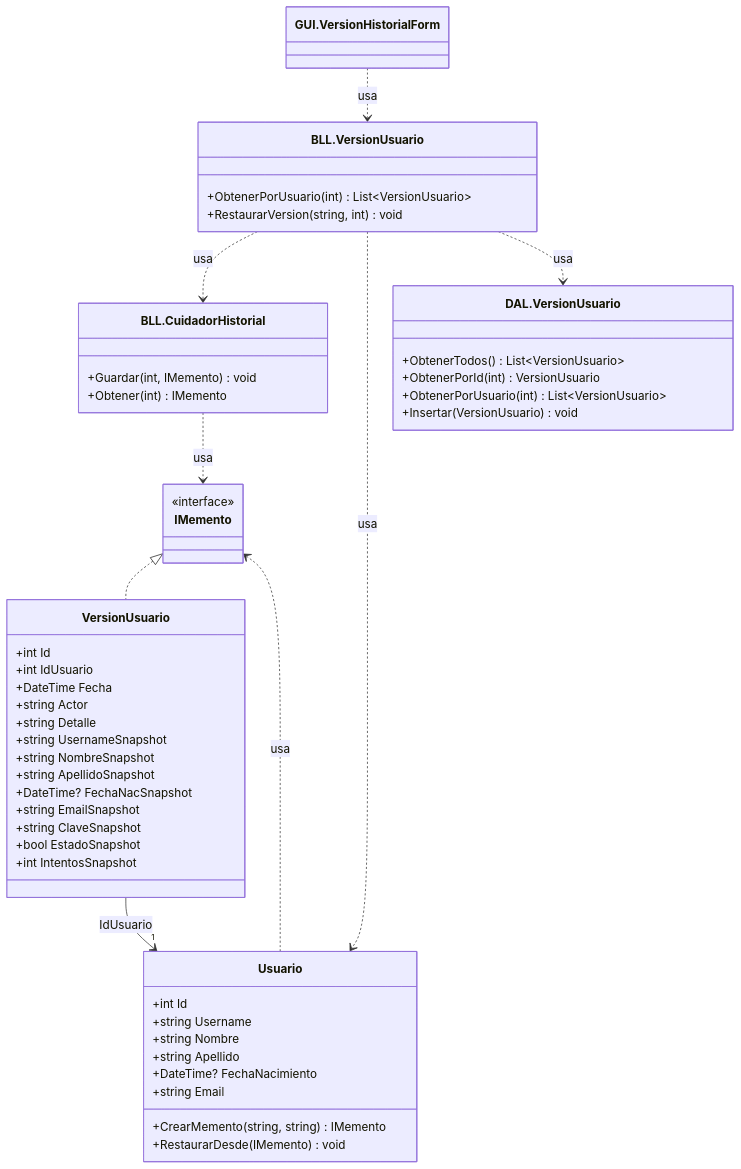
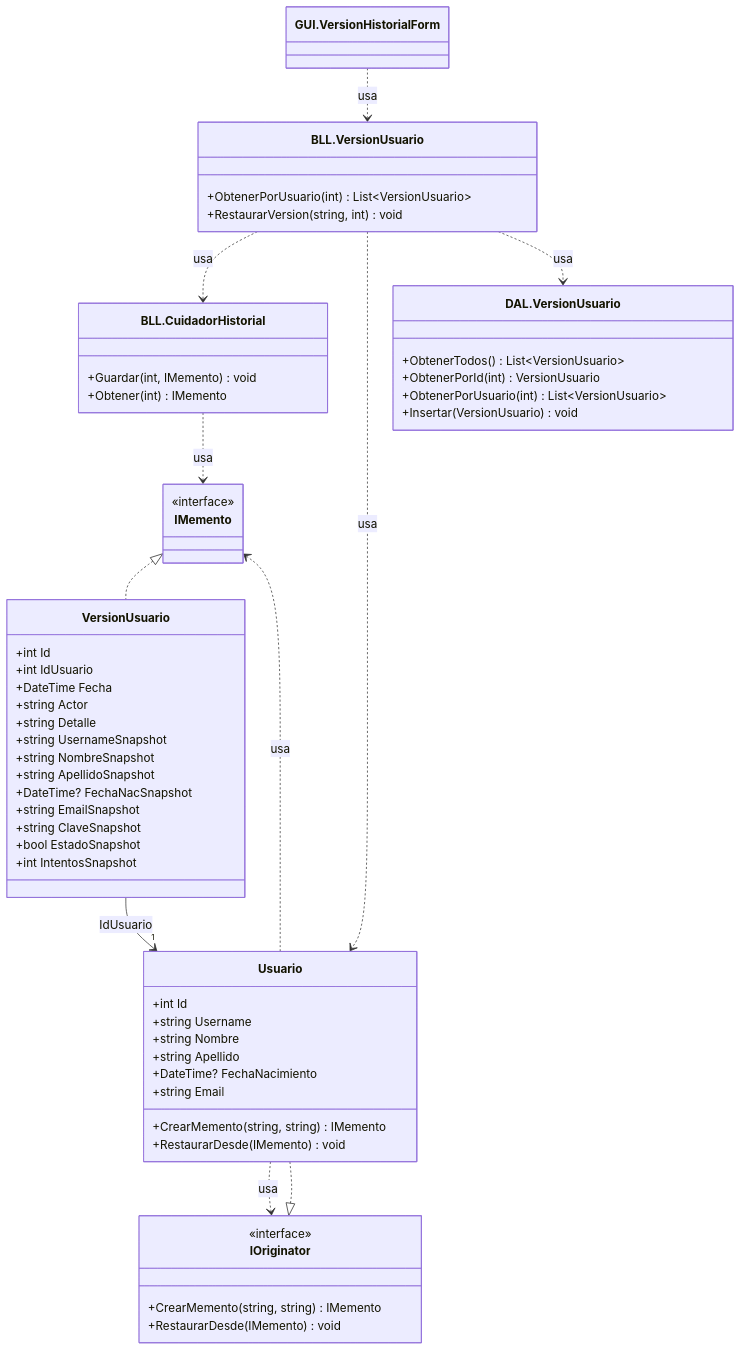
The diagram in docs/diagramas/mermaid/CLASES_T06b_control_cambios.mmd (valentinamorana/Trabajo-de-Diploma), drawn with Mermaid before and after one commit. The commit also changed 8 other files, not shown here.

```diff
--- a/docs/diagramas/mermaid/CLASES_T06b_control_cambios.mmd
+++ b/docs/diagramas/mermaid/CLASES_T06b_control_cambios.mmd
@@ -1,54 +1,61 @@
 classDiagram
   direction TB
   class GUI_VersionHistorialForm["GUI.VersionHistorialForm"] {
   }
   class BLL_VersionUsuario["BLL.VersionUsuario"] {
     +ObtenerPorUsuario(int) List~VersionUsuario~
     +RestaurarVersion(string,  int) void
   }
   class BLL_CuidadorHistorial["BLL.CuidadorHistorial"] {
     +Guardar(int,  IMemento) void
     +Obtener(int) IMemento
   }
   class Usuario {
     +int Id
     +string Username
     +string Nombre
     +string Apellido
     +DateTime? FechaNacimiento
     +string Email
     +CrearMemento(string,  string) IMemento
     +RestaurarDesde(IMemento) void
   }
   class VersionUsuario {
     +int Id
     +int IdUsuario
     +DateTime Fecha
     +string Actor
     +string Detalle
     +string UsernameSnapshot
     +string NombreSnapshot
     +string ApellidoSnapshot
     +DateTime? FechaNacSnapshot
     +string EmailSnapshot
     +string ClaveSnapshot
     +bool EstadoSnapshot
     +int IntentosSnapshot
   }
+  class IOriginator {
+    <<interface>>
+    +CrearMemento(string,  string) IMemento
+    +RestaurarDesde(IMemento) void
+  }
   class IMemento {
     <<interface>>
   }
   class DAL_VersionUsuario["DAL.VersionUsuario"] {
     +ObtenerTodos() List~VersionUsuario~
     +ObtenerPorId(int) VersionUsuario
     +ObtenerPorUsuario(int) List~VersionUsuario~
     +Insertar(VersionUsuario) void
   }
+  IOriginator <|.. Usuario
   IMemento <|.. VersionUsuario
   VersionUsuario --> "1" Usuario : IdUsuario
   GUI_VersionHistorialForm ..> BLL_VersionUsuario : usa
   BLL_VersionUsuario ..> BLL_CuidadorHistorial : usa
   BLL_VersionUsuario ..> Usuario : usa
   BLL_VersionUsuario ..> DAL_VersionUsuario : usa
   BLL_CuidadorHistorial ..> IMemento : usa
   Usuario ..> IMemento : usa
+  Usuario ..> IOriginator : usa
```
